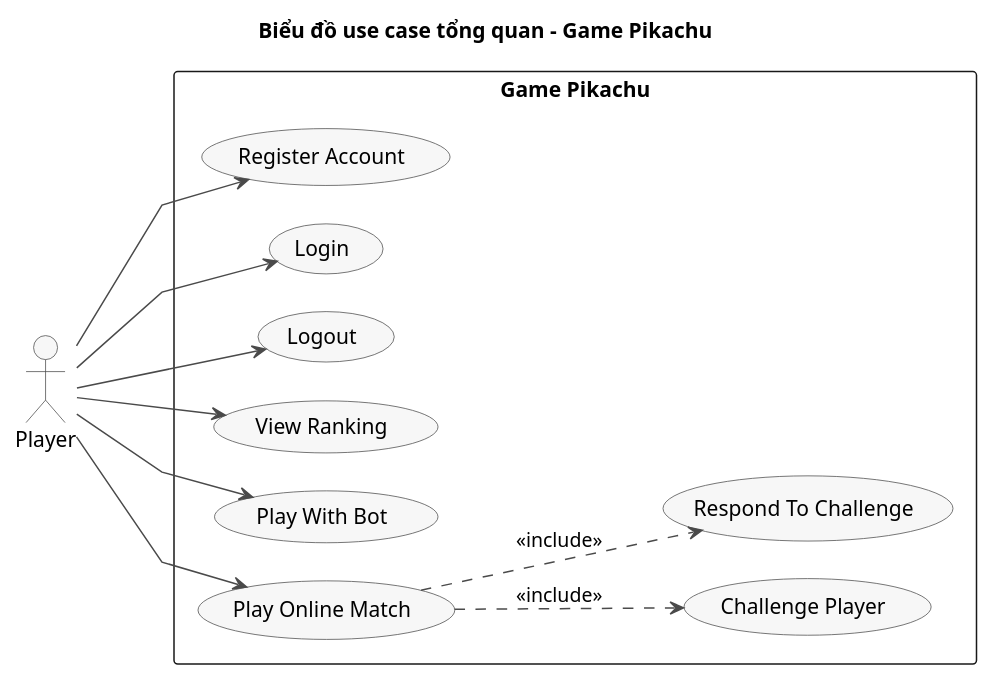
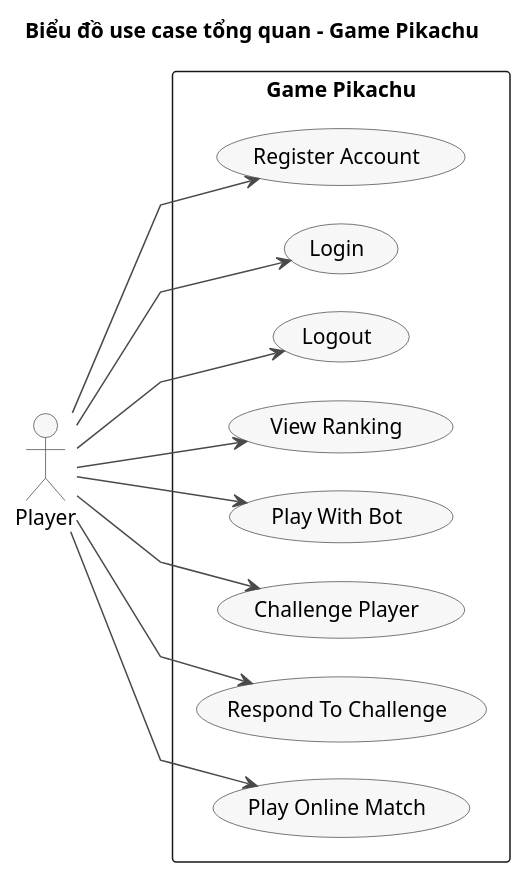
The diagram in docs/uml/pha1/uc-overview.puml (VattenL/mobile-pikachu), drawn with PlantUML before and after one commit. The commit also changed 4 other files, not shown here.

```diff
--- a/docs/uml/pha1/uc-overview.puml
+++ b/docs/uml/pha1/uc-overview.puml
@@ -1,42 +1,41 @@
 @startuml uc-overview
 title Biểu đồ use case tổng quan - Game Pikachu
 
 left to right direction
 skinparam linetype polyline
 skinparam packageStyle rectangle
 skinparam shadowing false
 skinparam nodesep 25
 skinparam ranksep 80
 skinparam usecase {
   BackgroundColor #F7F7F7
   BorderColor #4A4A4A
   ArrowColor #4A4A4A
 }
 skinparam actor {
   BackgroundColor #F7F7F7
   BorderColor #4A4A4A
 }
 
 actor "Player" as Player
 
 rectangle "Game Pikachu" {
   usecase "Register Account" as UC01
   usecase "Login" as UC02
   usecase "Logout" as UC03
   usecase "View Ranking" as UC04
   usecase "Play With Bot" as UC05
-  usecase "Play Online Match" as UC08
   usecase "Challenge Player" as UC06
   usecase "Respond To Challenge" as UC07
+  usecase "Play Online Match" as UC08
 }
 
 Player --> UC01
 Player --> UC02
 Player --> UC03
 Player --> UC04
 Player --> UC05
+Player --> UC06
+Player --> UC07
 Player --> UC08
-
-UC08 ..> UC06 : <<include>>
-UC08 ..> UC07 : <<include>>
 @enduml
```
